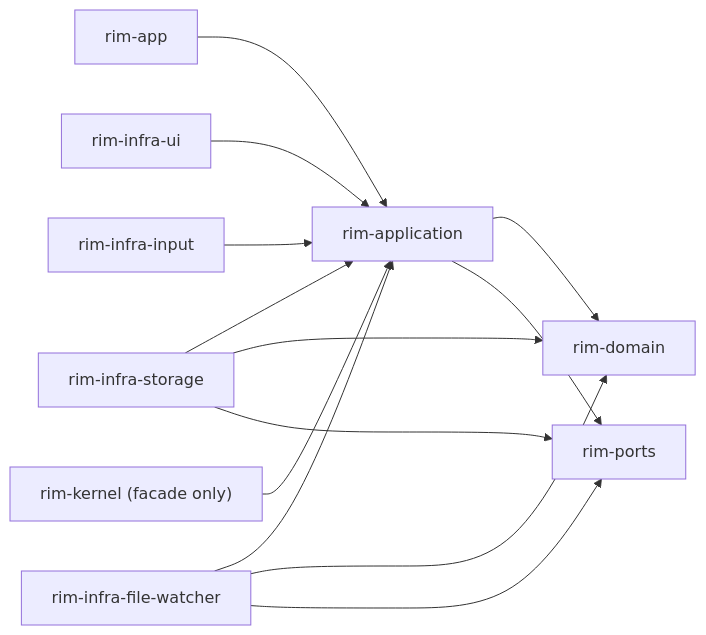
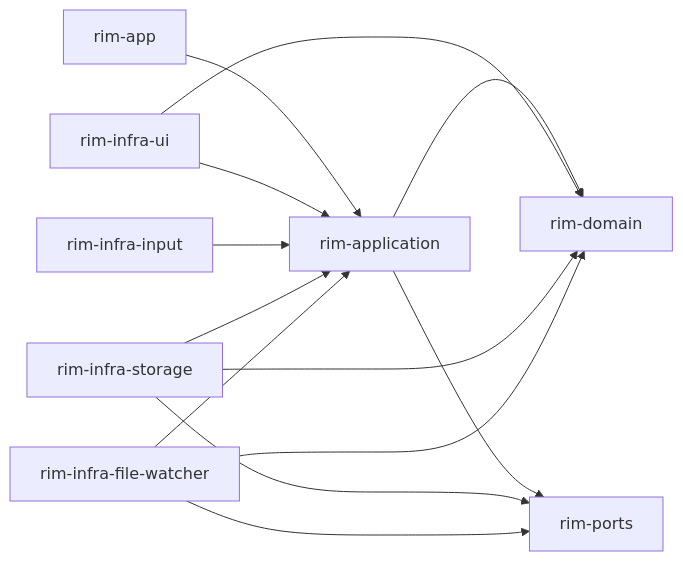
Before and after one commit to zooeywm/rim: the first of 2 diagrams in ARCHITECTURE.md, drawn with Mermaid. The commit also changed other lines of this file and 27 other files, not shown here.

Commit message:
refactor: remove rim-kernel and finalize layered hexagonal architecture

````diff
--- a/ARCHITECTURE.md
+++ b/ARCHITECTURE.md
@@ -14,15 +13,15 @@
 ```mermaid
 flowchart LR
     App["rim-app"] --> Application["rim-application"]
     Application --> Domain["rim-domain"]
     Application --> Ports["rim-ports"]
     InfraUI["rim-infra-ui"] --> Application
+    InfraUI --> Domain
     InfraInput["rim-infra-input"] --> Application
     InfraStorage["rim-infra-storage"] --> Application
     InfraStorage --> Domain
     InfraStorage --> Ports
     InfraWatcher["rim-infra-file-watcher"] --> Application
     InfraWatcher --> Domain
     InfraWatcher --> Ports
-    Kernel["rim-kernel (facade only)"] --> Application
 ```
````
